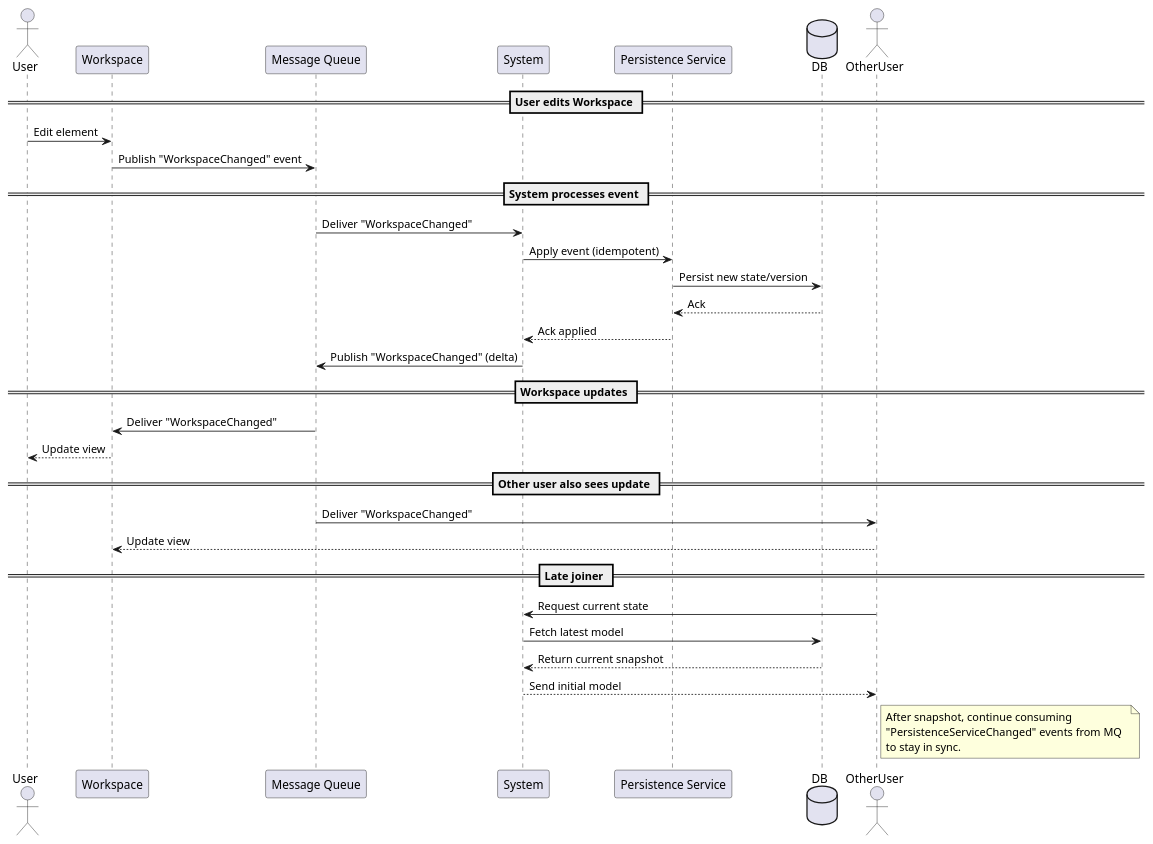
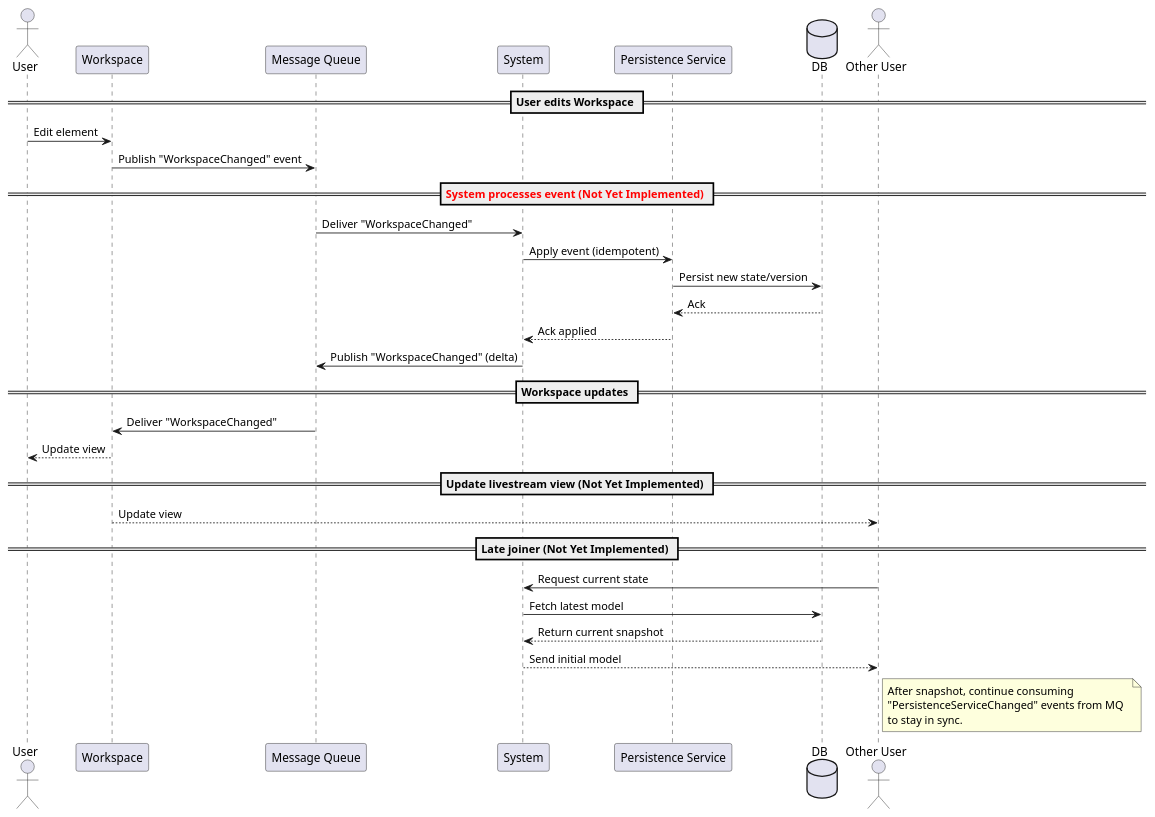
Before and after one commit to Ministry-of-Learning-of-Jura-Kites/OmniCam: the diagram in docs/diagrams/sequences/workspace_update_sequence.puml, drawn with PlantUML.

Commit message:
add Not Yet Implemented to workspace update sequence

```diff
--- a/docs/diagrams/sequences/workspace_update_sequence.puml
+++ b/docs/diagrams/sequences/workspace_update_sequence.puml
@@ -1,40 +1,39 @@
 @startuml workspace_update_sequence
 actor User
 participant Workspace
 participant "Message Queue" as MQ
 participant System
 participant "Persistence Service" as PersistenceService
 database DB
-actor OtherUser
+actor "Other User" as OtherUser
 
 == User edits Workspace ==
 User -> Workspace: Edit element
 Workspace -> MQ: Publish "WorkspaceChanged" event
 
-== System processes event ==
+== <color:red>System processes event (Not Yet Implemented)</color> ==
 MQ -> System: Deliver "WorkspaceChanged"
 System -> PersistenceService: Apply event (idempotent)
 PersistenceService -> DB: Persist new state/version
 DB --> PersistenceService: Ack
 PersistenceService --> System: Ack applied
 System -> MQ: Publish "WorkspaceChanged" (delta)
 
 == Workspace updates ==
 MQ -> Workspace: Deliver "WorkspaceChanged"
 Workspace --> User: Update view
 
-== Other user also sees update ==
-MQ -> OtherUser: Deliver "WorkspaceChanged"
-OtherUser --> Workspace: Update view
+== Update livestream view (Not Yet Implemented) ==
+Workspace --> OtherUser: Update view
 
-== Late joiner ==
+== Late joiner (Not Yet Implemented) ==
 OtherUser -> System: Request current state
 System -> DB: Fetch latest model
 DB --> System: Return current snapshot
 System --> OtherUser: Send initial model
 note right of OtherUser
 After snapshot, continue consuming  
 "PersistenceServiceChanged" events from MQ  
 to stay in sync.  
 end note
 @enduml
```
